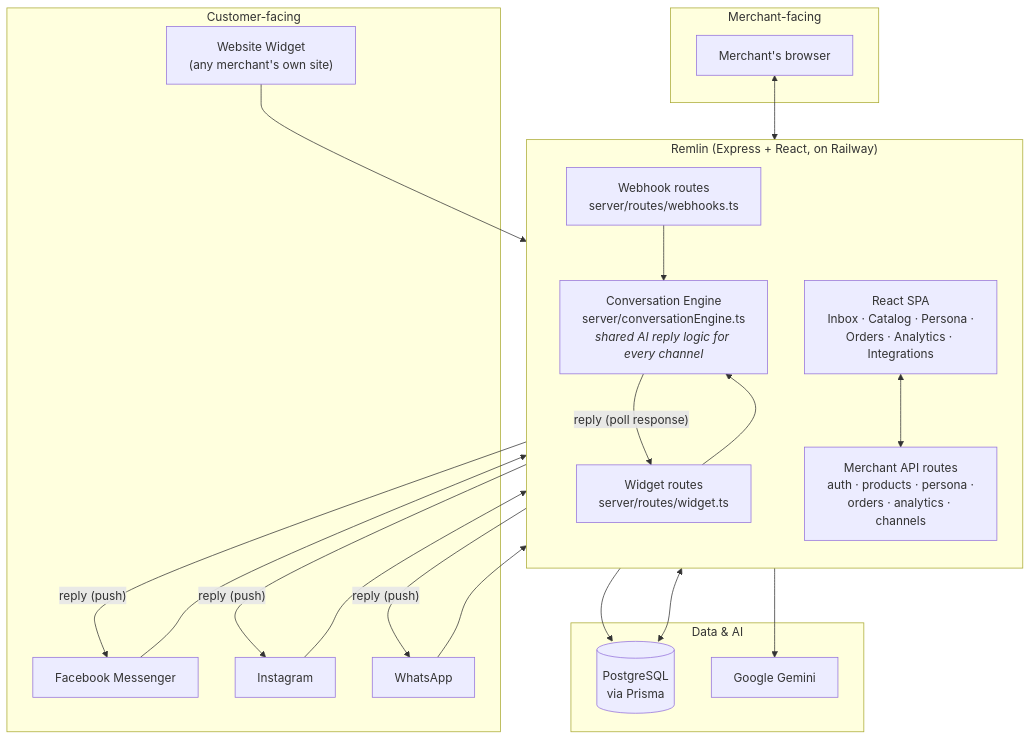
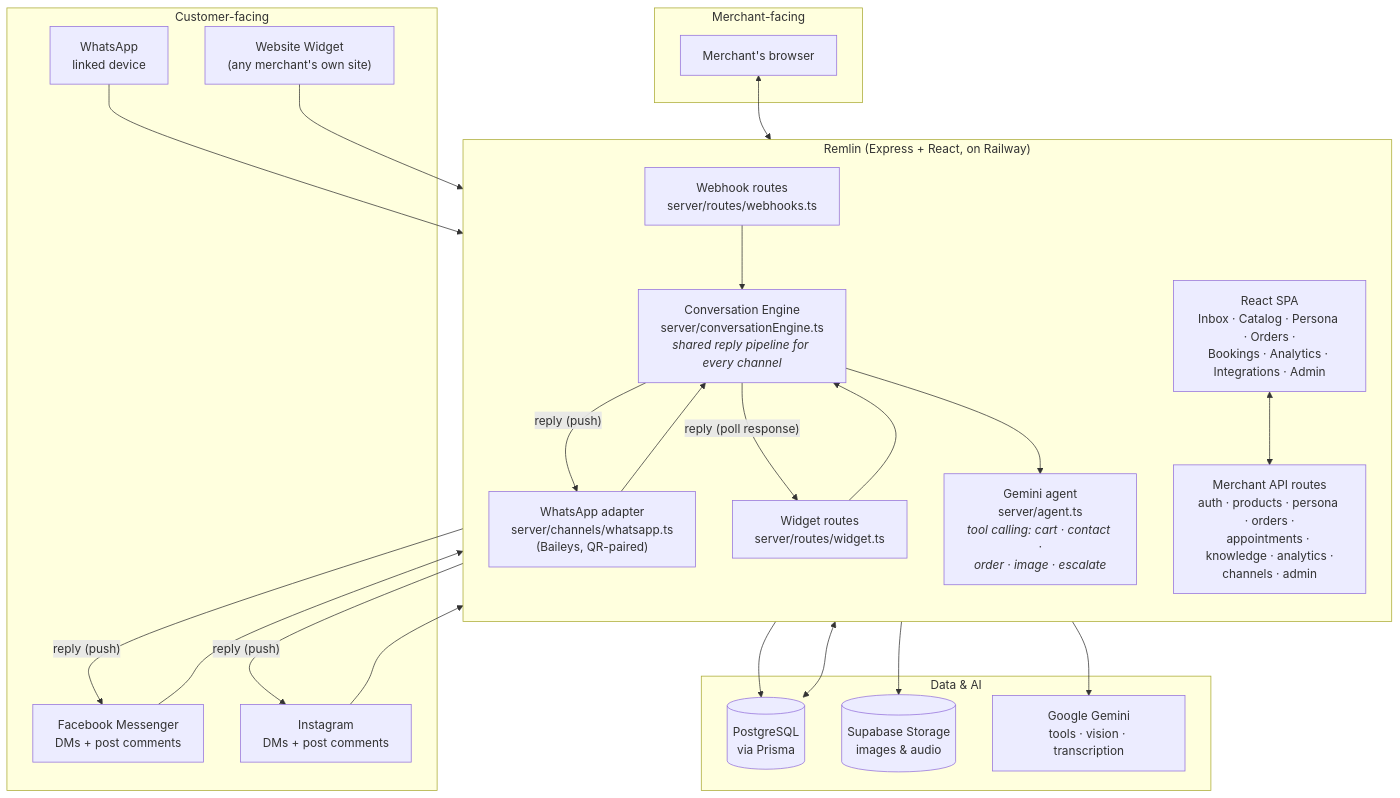
The first of 3 diagrams in README.md (SafatUddin/Remlin), drawn with Mermaid before and after one commit. The commit also changed other lines of this file, not shown here.

````diff
--- a/README.md
+++ b/README.md
@@ -35,45 +69,51 @@
 ```mermaid
 flowchart TB
     subgraph Client["Customer-facing"]
-        FB[Facebook Messenger]
-        IG[Instagram]
-        WA[WhatsApp]
+        FB[Facebook Messenger<br/>DMs + post comments]
+        IG[Instagram<br/>DMs + post comments]
+        WA[WhatsApp<br/>linked device]
         WD["Website Widget<br/>(any merchant's own site)"]
     end
 
     subgraph App["Remlin (Express + React, on Railway)"]
         direction TB
         WH["Webhook routes<br/>server/routes/webhooks.ts"]
         WDR["Widget routes<br/>server/routes/widget.ts"]
-        ENGINE["Conversation Engine<br/>server/conversationEngine.ts<br/><i>shared AI reply logic for every channel</i>"]
-        API["Merchant API routes<br/>auth · products · persona ·<br/>orders · analytics · channels"]
-        SPA["React SPA<br/>Inbox · Catalog · Persona ·<br/>Orders · Analytics · Integrations"]
+        WAA["WhatsApp adapter<br/>server/channels/whatsapp.ts<br/>(Baileys, QR-paired)"]
+        ENGINE["Conversation Engine<br/>server/conversationEngine.ts<br/><i>shared reply pipeline for every channel</i>"]
+        AGENT["Gemini agent<br/>server/agent.ts<br/><i>tool calling: cart · contact ·<br/>order · image · escalate</i>"]
+        API["Merchant API routes<br/>auth · products · persona · orders ·<br/>appointments · knowledge · analytics ·<br/>channels · admin"]
+        SPA["React SPA<br/>Inbox · Catalog · Persona · Orders ·<br/>Bookings · Analytics · Integrations · Admin"]
     end
 
     subgraph Data["Data & AI"]
         DB[(PostgreSQL<br/>via Prisma)]
-        GEMINI["Google Gemini"]
+        SB[(Supabase Storage<br/>images & audio)]
+        GEMINI["Google Gemini<br/>tools · vision · transcription"]
     end
 
     subgraph Merchant["Merchant-facing"]
         DASH["Merchant's browser"]
     end
 
     FB --> WH
     IG --> WH
-    WA --> WH
+    WA --> WAA
     WD --> WDR
 
     WH --> ENGINE
+    WAA --> ENGINE
     WDR --> ENGINE
-    ENGINE --> GEMINI
+    ENGINE --> AGENT
+    AGENT --> GEMINI
     ENGINE --> DB
+    ENGINE --> SB
     ENGINE -- "reply (push)" --> FB
     ENGINE -- "reply (push)" --> IG
-    ENGINE -- "reply (push)" --> WA
+    ENGINE -- "reply (push)" --> WAA
     ENGINE -- "reply (poll response)" --> WDR
 
     DASH <--> SPA
     SPA <--> API
     API <--> DB
 ```
````
